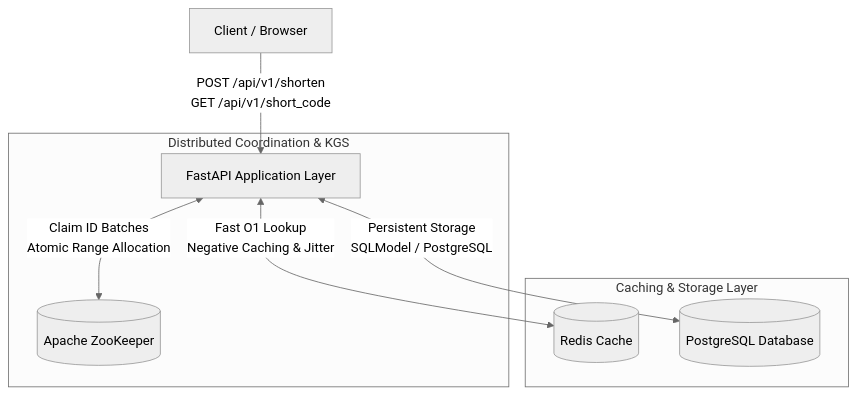
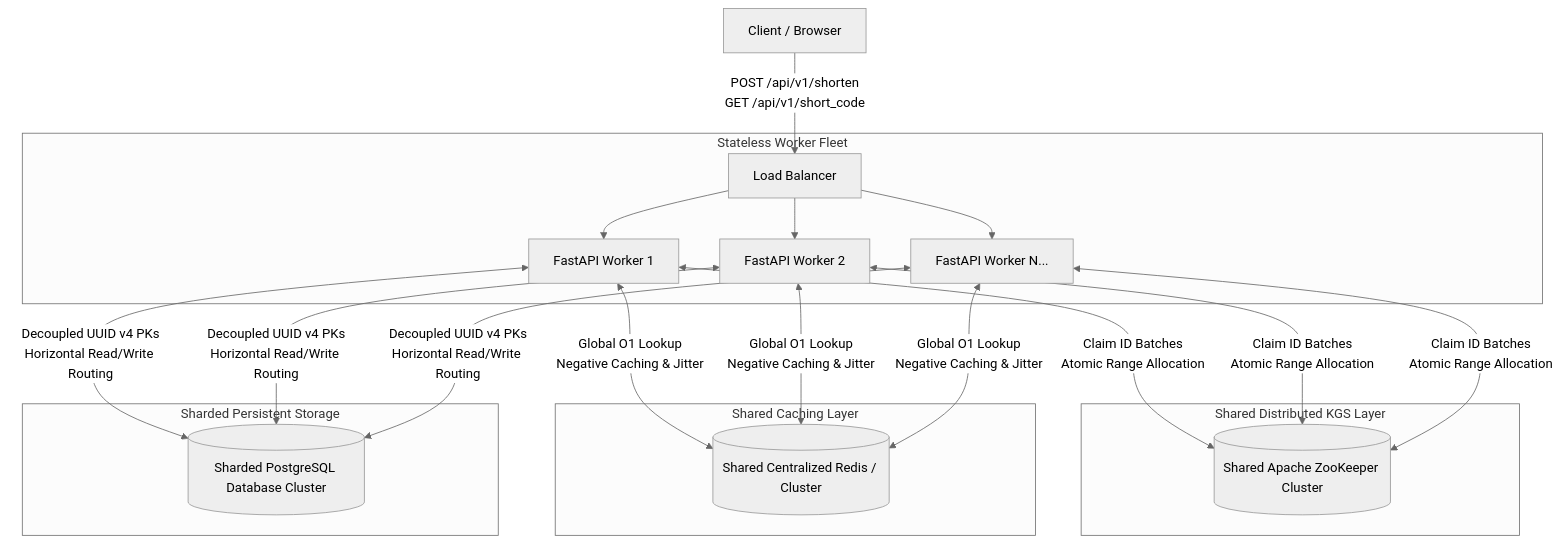
Before and after one commit to AnuragPandey01/System-Design-URL-Shortener: the first of 4 diagrams in README.md, drawn with Mermaid (neutral theme). The commit also changed other lines of this file, not shown here.

````diff
--- a/README.md
+++ b/README.md
@@ -38,13 +38,22 @@
 ```mermaid
 graph TD
-    Client[Client / Browser] -->|POST /api/v1/shorten\nGET /api/v1/short_code| API[FastAPI Application Layer]
+    Client[Client / Browser] -->|POST /api/v1/shorten\nGET /api/v1/short_code| LB[Load Balancer]
     
-    subgraph Distributed Coordination & KGS
-        API <-->|Claim ID Batches\nAtomic Range Allocation| ZK[(Apache ZooKeeper)]
+    subgraph Stateless Worker Fleet
+        LB --> W1[FastAPI Worker 1]
+        LB --> W2[FastAPI Worker 2]
+        LB --> WN[FastAPI Worker N...]
+    end
+    
+    subgraph Shared Distributed KGS Layer
+        W1 & W2 & WN <-->|Claim ID Batches\nAtomic Range Allocation| ZK[(Shared Apache ZooKeeper Cluster)]
     end
 
-    subgraph Caching & Storage Layer
-        API <-->|Fast O1 Lookup\nNegative Caching & Jitter| Redis[(Redis Cache)]
-        API <-->|Persistent Storage\nSQLModel / PostgreSQL| DB[(PostgreSQL Database)]
+    subgraph Shared Caching Layer
+        W1 & W2 & WN <-->|Global O1 Lookup\nNegative Caching & Jitter| Redis[(Shared Centralized Redis / Cluster)]
+    end
+
+    subgraph Sharded Persistent Storage
+        W1 & W2 & WN <-->|Decoupled UUID v4 PKs\nHorizontal Read/Write Routing| DB[(Sharded PostgreSQL Database Cluster)]
     end
 ```
````
